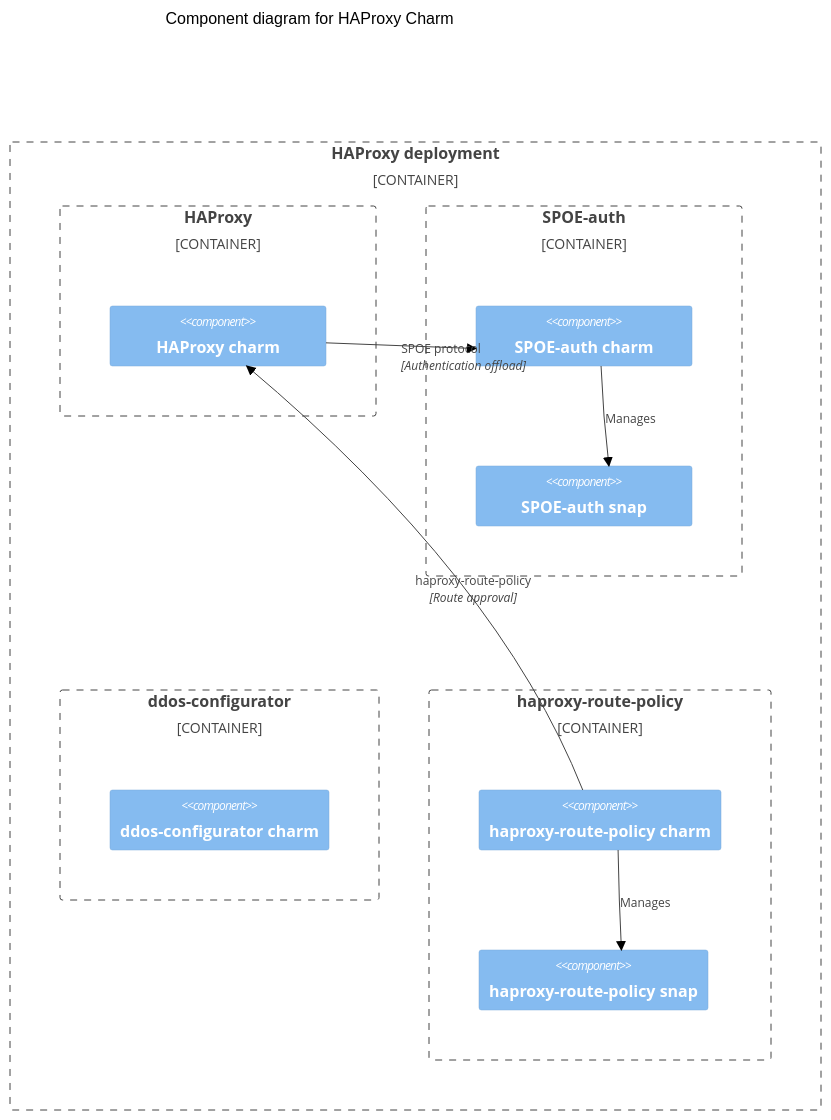
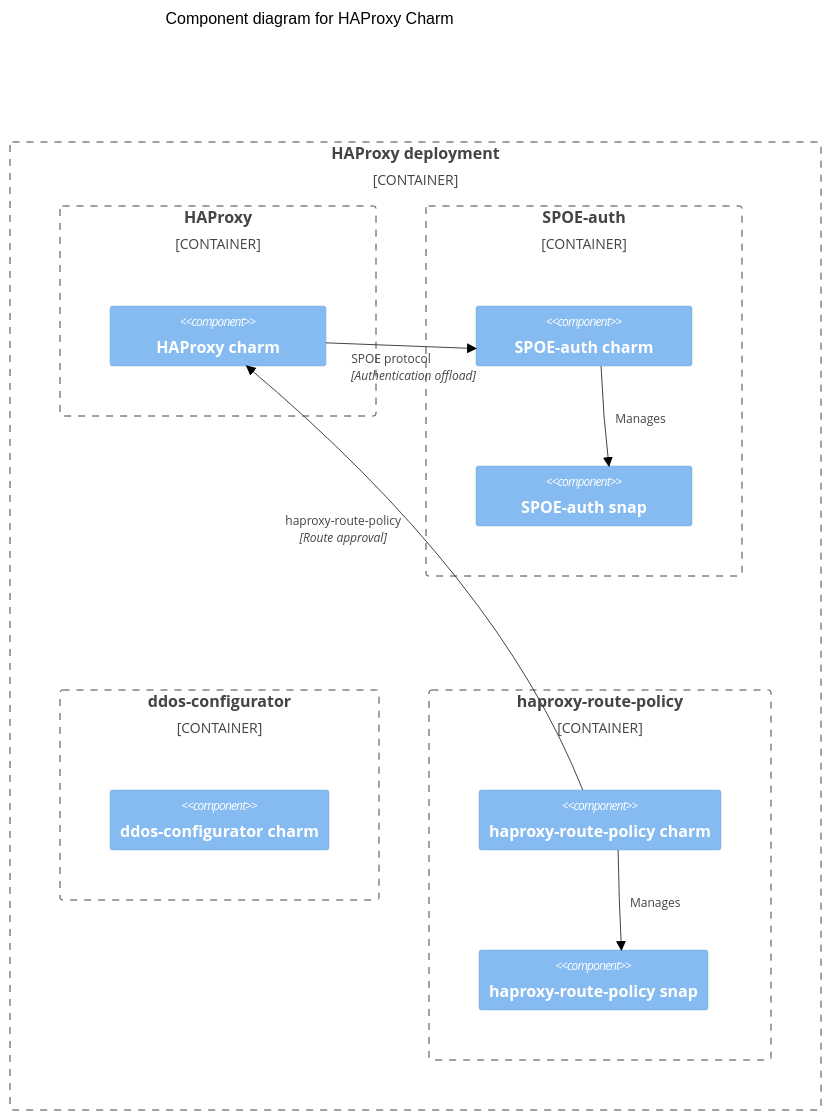
Before and after one commit to canonical/haproxy-operator: the diagram in docs/explanation/project-architecture.md, drawn with Mermaid (forest theme).

````diff
--- a/docs/explanation/project-architecture.md
+++ b/docs/explanation/project-architecture.md
@@ -26,26 +26,31 @@
 ```{mermaid}
 C4Component
 title Component diagram for HAProxy Charm
 
 Container_Boundary(haproxy, "HAProxy deployment") {
     Container_Boundary(haproxy_charm, "HAProxy") {
         Component(charm, "HAProxy charm")
     }
     Container_Boundary(spoe, "SPOE-auth") {
         Component(spoe_auth, "SPOE-auth charm")
         Component(spoe_auth_snap, "SPOE-auth snap")
     }
     Container_Boundary(ddos, "ddos-configurator") {
         Component(ddos, "ddos-configurator charm")
     }
     Container_Boundary(haproxy_route_policy, "haproxy-route-policy") {
         Component(haproxy_route_policy_charm, "haproxy-route-policy charm")
         Component(haproxy_route_policy_snap, "haproxy-route-policy snap")
     }
 }
 
 Rel(charm, spoe_auth, "SPOE protocol", "Authentication offload")
 Rel(haproxy_route_policy_charm, charm, "haproxy-route-policy", "Route approval")
 Rel(spoe_auth, spoe_auth_snap, "Manages")
 Rel(haproxy_route_policy_charm, haproxy_route_policy_snap, "Manages")
+
+UpdateRelStyle(haproxy_route_policy_charm, charm, $offsetY="-60", $offsetX="-130")
+UpdateRelStyle(charm, spoe_auth, $offsetY="10", $offsetX="-50")
+UpdateRelStyle(spoe_auth, spoe_auth_snap, $offsetX="10")
+UpdateRelStyle(haproxy_route_policy_charm, haproxy_route_policy_snap, $offsetX="10")
 ```
````
